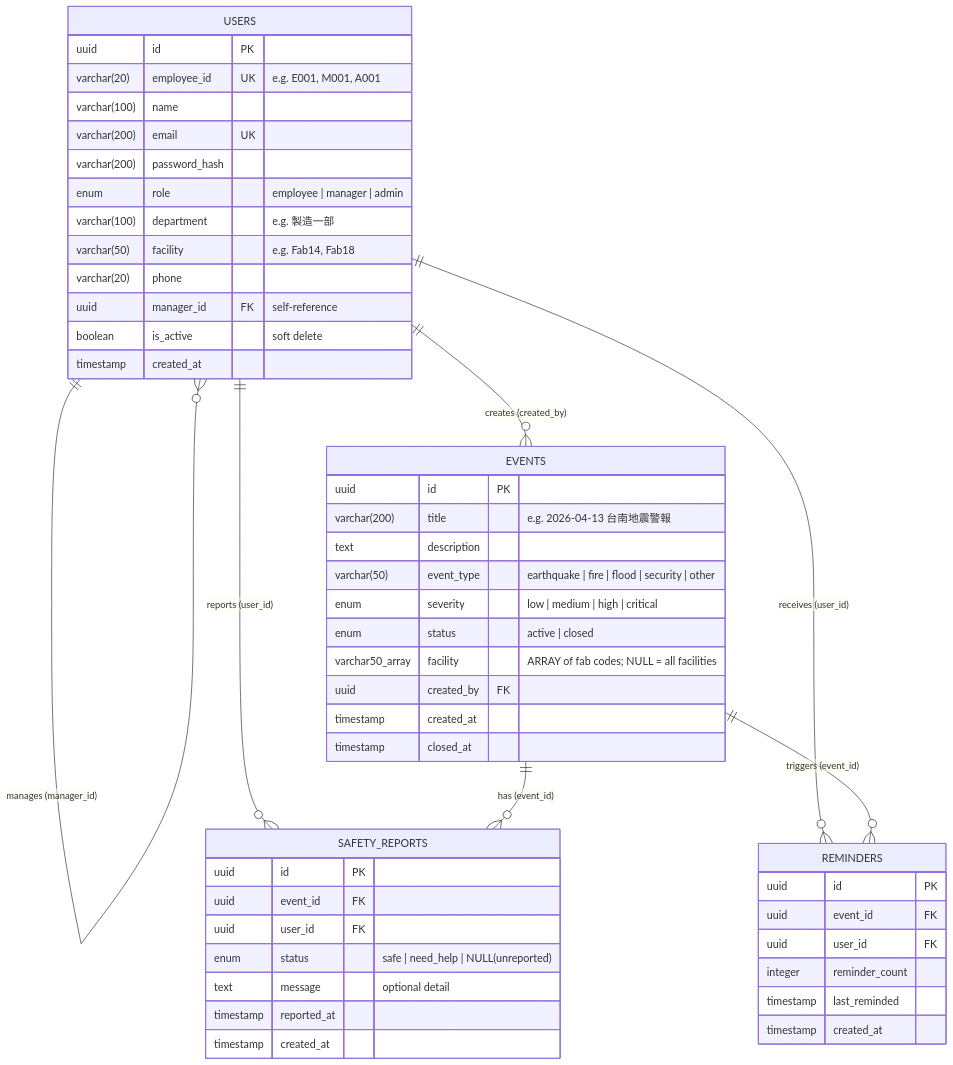
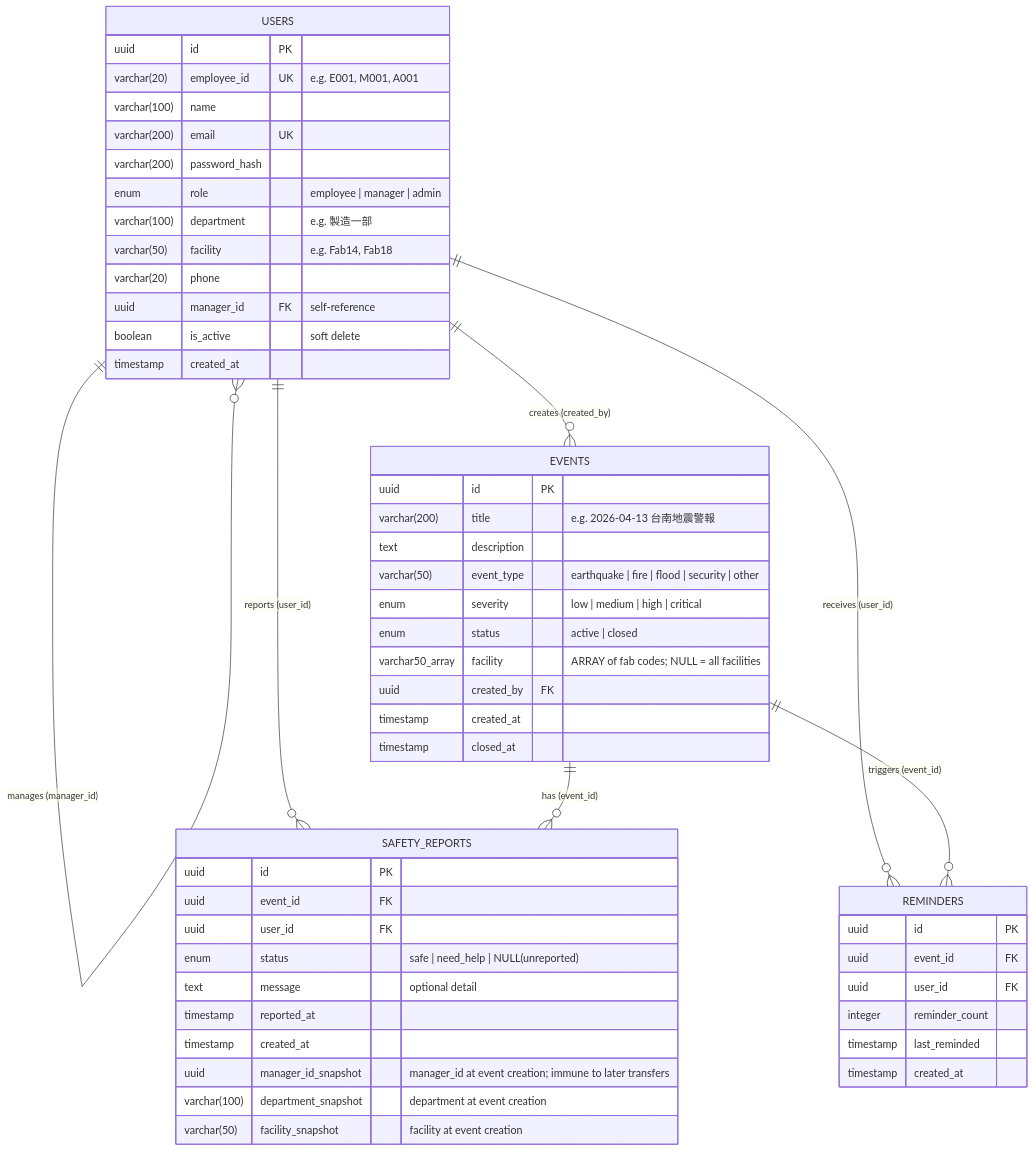
The diagram in docs/er-diagram.md (davidkong3804/Employee_Safety_Response_System), drawn with Mermaid before and after one commit. The commit also changed other lines of this file and 8 other files, not shown here.

````diff
--- a/docs/er-diagram.md
+++ b/docs/er-diagram.md
@@ -5,56 +5,59 @@
 ```mermaid
 erDiagram
     USERS {
         uuid id PK
         varchar(20) employee_id UK "e.g. E001, M001, A001"
         varchar(100) name
         varchar(200) email UK
         varchar(200) password_hash
         enum role "employee | manager | admin"
         varchar(100) department "e.g. 製造一部"
         varchar(50) facility "e.g. Fab14, Fab18"
         varchar(20) phone
         uuid manager_id FK "self-reference"
         boolean is_active "soft delete"
         timestamp created_at
     }
 
     EVENTS {
         uuid id PK
         varchar(200) title "e.g. 2026-04-13 台南地震警報"
         text description
         varchar(50) event_type "earthquake | fire | flood | security | other"
         enum severity "low | medium | high | critical"
         enum status "active | closed"
         varchar50_array facility "ARRAY of fab codes; NULL = all facilities"
         uuid created_by FK
         timestamp created_at
         timestamp closed_at
     }
 
     SAFETY_REPORTS {
         uuid id PK
         uuid event_id FK
         uuid user_id FK
         enum status "safe | need_help | NULL(unreported)"
         text message "optional detail"
         timestamp reported_at
         timestamp created_at
+        uuid manager_id_snapshot "manager_id at event creation; immune to later transfers"
+        varchar(100) department_snapshot "department at event creation"
+        varchar(50) facility_snapshot "facility at event creation"
     }
 
     REMINDERS {
         uuid id PK
         uuid event_id FK
         uuid user_id FK
         integer reminder_count
         timestamp last_reminded
         timestamp created_at
     }
 
     USERS ||--o{ USERS : "manages (manager_id)"
     USERS ||--o{ EVENTS : "creates (created_by)"
     USERS ||--o{ SAFETY_REPORTS : "reports (user_id)"
     USERS ||--o{ REMINDERS : "receives (user_id)"
     EVENTS ||--o{ SAFETY_REPORTS : "has (event_id)"
     EVENTS ||--o{ REMINDERS : "triggers (event_id)"
 ```
````
